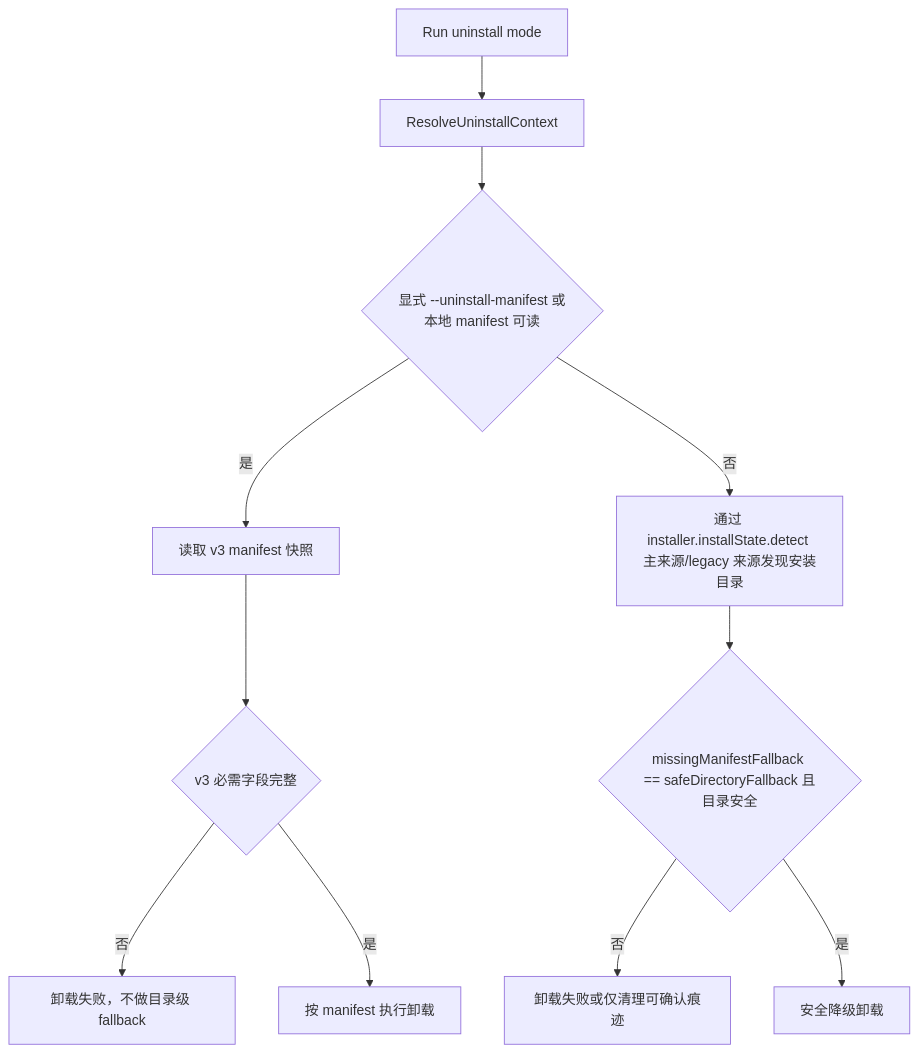
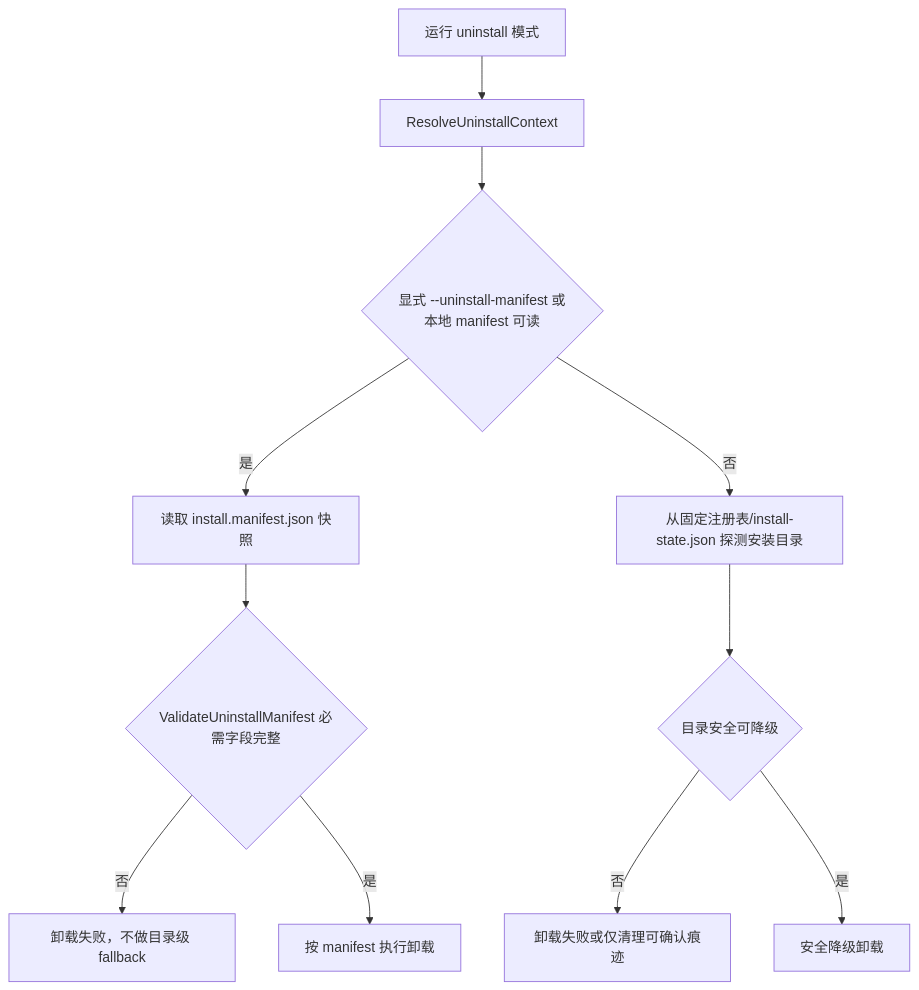
The seventh of 8 diagrams in docs/安装器流程图.md (lu020218/Multi-Threaded_Installer), drawn with Mermaid before and after one commit. The commit also changed other lines of this file and 78 other files, not shown here.

````diff
--- a/docs/安装器流程图.md
+++ b/docs/安装器流程图.md
@@ -85,13 +105,13 @@
 ```mermaid
 flowchart TD
-    A["Run uninstall mode"] --> B["ResolveUninstallContext"]
+    A["运行 uninstall 模式"] --> B["ResolveUninstallContext"]
     B --> C{"显式 --uninstall-manifest 或本地 manifest 可读"}
-    C -->|是| D["读取 v3 manifest 快照"]
-    D --> E{"v3 必需字段完整"}
+    C -->|是| D["读取 install.manifest.json 快照"]
+    D --> E{"ValidateUninstallManifest 必需字段完整"}
     E -->|否| E1["卸载失败，不做目录级 fallback"]
     E -->|是| F["按 manifest 执行卸载"]
-    C -->|否| G["通过 installer.installState.detect 主来源/legacy 来源发现安装目录"]
-    G --> H{"missingManifestFallback == safeDirectoryFallback 且目录安全"}
+    C -->|否| G["从固定注册表/install-state.json 探测安装目录"]
+    G --> H{"目录安全可降级"}
     H -->|否| H1["卸载失败或仅清理可确认痕迹"]
     H -->|是| I["安全降级卸载"]
 ```
````
